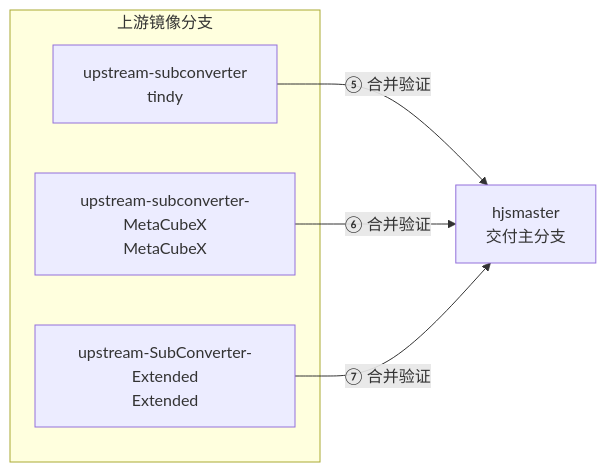
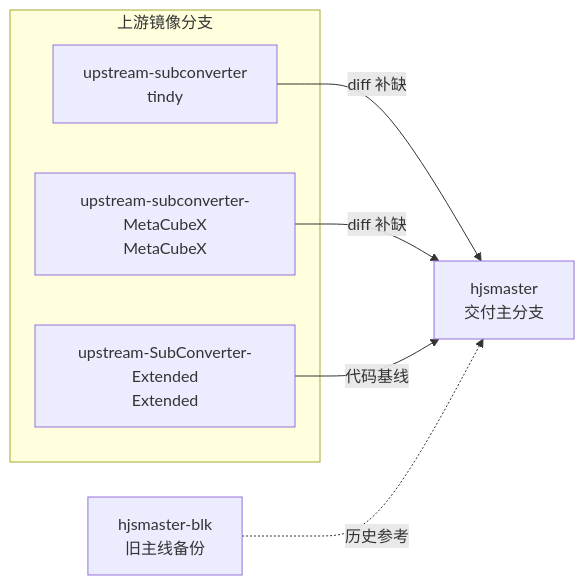
The diagram in docs/技术方案-分支与上游同步.md (HouJia/SubConverter-Extended), drawn with Mermaid before and after one commit. The commit also changed other lines of this file and 8 other files, not shown here.

````diff
--- a/docs/技术方案-分支与上游同步.md
+++ b/docs/技术方案-分支与上游同步.md
@@ -90,12 +90,14 @@
 ```mermaid
 flowchart LR
   subgraph upstreams [上游镜像分支]
     M[upstream-subconverter\ntindy]
     MX[upstream-subconverter-MetaCubeX\nMetaCubeX]
     EX[upstream-SubConverter-Extended\nExtended]
   end
   H[hjsmaster\n交付主分支]
-  M -->|⑤ 合并验证| H
-  MX -->|⑥ 合并验证| H
-  EX -->|⑦ 合并验证| H
+  B[hjsmaster-blk\n旧主线备份]
+  M -->|diff 补缺| H
+  MX -->|diff 补缺| H
+  EX -->|代码基线| H
+  B -.->|历史参考| H
 ```
````
